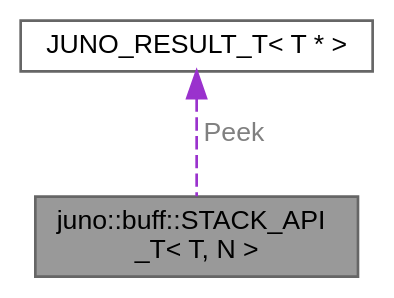
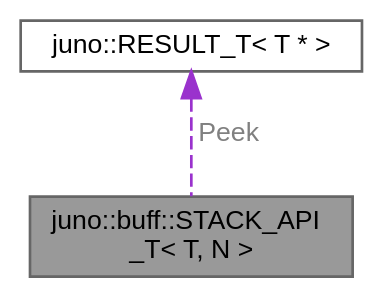
The diagram in structjuno_1_1buff_1_1STACK__API__T__coll__graph.dot (robinonsay/libjuno), drawn with Graphviz before and after one commit. The commit also changed 110 other files, not shown here.

```diff
--- a/structjuno_1_1buff_1_1STACK__API__T__coll__graph.dot
+++ b/structjuno_1_1buff_1_1STACK__API__T__coll__graph.dot
@@ -1,10 +1,10 @@
 digraph "juno::buff::STACK_API_T&lt; T, N &gt;"
 {
  // LATEX_PDF_SIZE
   bgcolor="transparent";
   edge [fontname=Helvetica,fontsize=10,labelfontname=Helvetica,labelfontsize=10];
   node [fontname=Helvetica,fontsize=10,shape=box,height=0.2,width=0.4];
-  Node1 [id="Node000001",label="juno::buff::STACK_API\l_T\< T, N \>",height=0.2,width=0.4,color="gray40", fillcolor="grey60", style="filled", fontcolor="black",tooltip=" "];
+  Node1 [id="Node000001",label="juno::buff::STACK_API\l_T\< T, N \>",height=0.2,width=0.4,color="gray40", fillcolor="grey60", style="filled", fontcolor="black",tooltip="The stack buffer api."];
   Node2 -> Node1 [id="edge1_Node000001_Node000002",dir="back",color="darkorchid3",style="dashed",tooltip=" ",label=" Peek",fontcolor="grey" ];
-  Node2 [id="Node000002",label="JUNO_RESULT_T\< T * \>",height=0.2,width=0.4,color="gray40", fillcolor="white", style="filled",URL="$structJUNO__RESULT__T.html",tooltip=" "];
+  Node2 [id="Node000002",label="juno::RESULT_T\< T * \>",height=0.2,width=0.4,color="gray40", fillcolor="white", style="filled",URL="$structjuno_1_1RESULT__T.html",tooltip=" "];
 }
```
